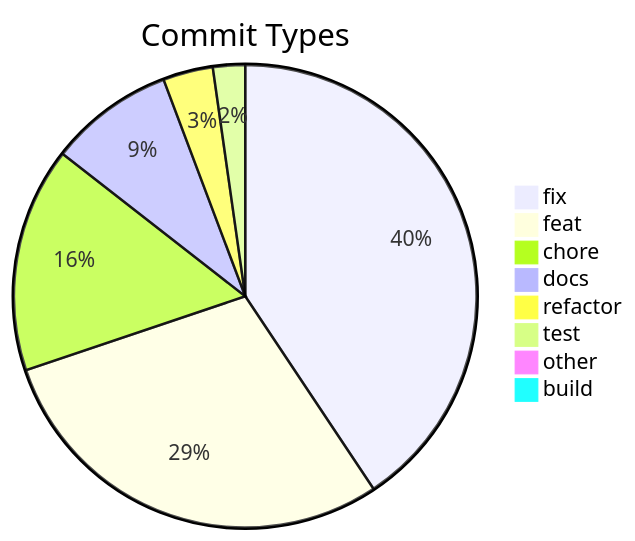
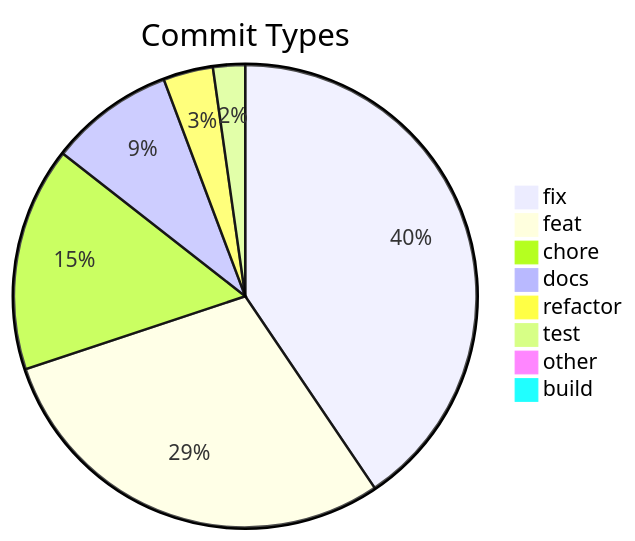
Before and after one commit to svenroth-ai/shipwright-webui: the diagram in .shipwright/compliance/change-history.md, drawn with Mermaid. The commit also changed other lines of this file and 13 other files, not shown here.

````diff
--- a/.shipwright/compliance/change-history.md
+++ b/.shipwright/compliance/change-history.md
@@ -8,11 +8,11 @@
 ```mermaid
 pie title Commit Types
     "fix" : 163
-    "feat" : 117
+    "feat" : 118
     "chore" : 63
     "docs" : 35
     "refactor" : 14
     "test" : 9
     "other" : 4
     "build" : 1
 ```
````
